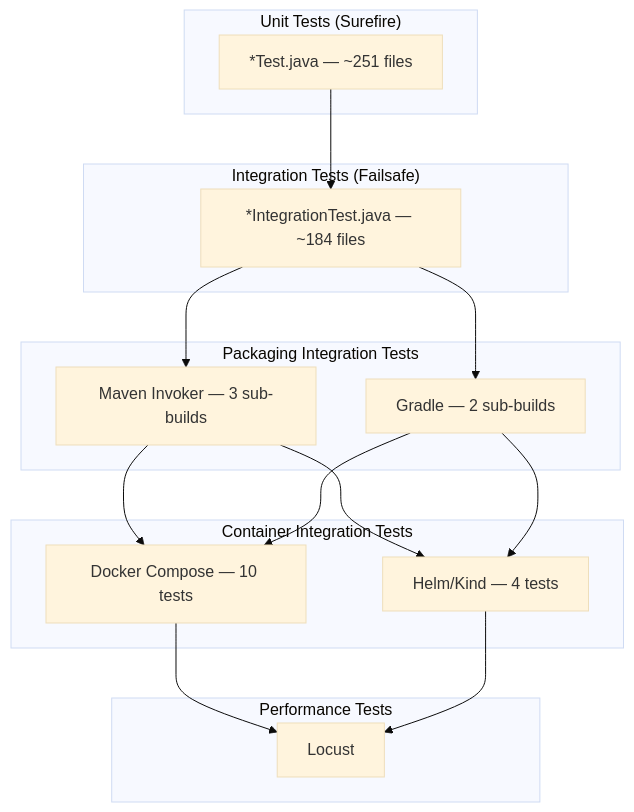
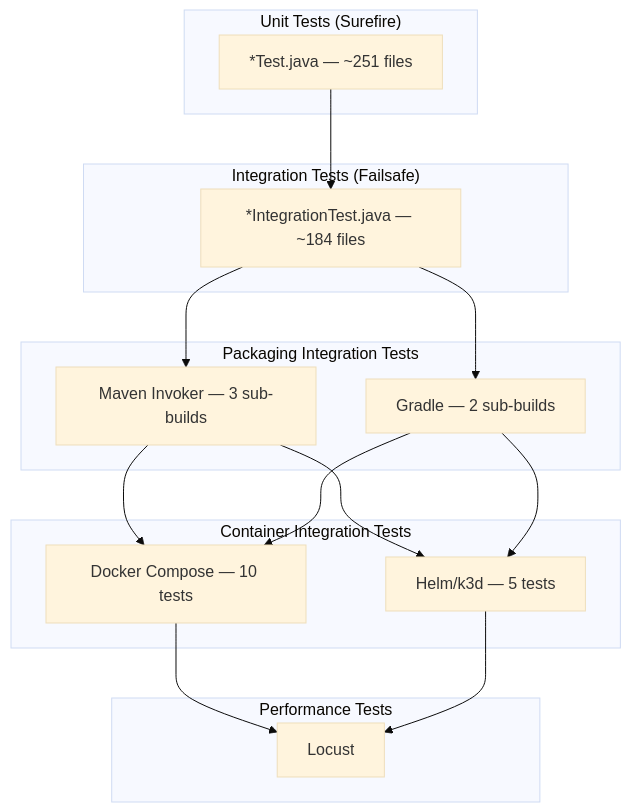
One commit to mock-server/mockserver changed the first of 3 diagrams in docs/testing.md. Above: the diagram before and after it, drawn with Mermaid (base theme). The commit also changed other lines of this file and 31 other files, not shown here.

````diff
--- a/docs/testing.md
+++ b/docs/testing.md
@@ -7,21 +7,21 @@
 ```mermaid
 graph TB
     subgraph "Unit Tests (Surefire)"
         UT["*Test.java — ~251 files"]
     end
     subgraph "Integration Tests (Failsafe)"
         IT["*IntegrationTest.java — ~184 files"]
     end
     subgraph "Packaging Integration Tests"
         MI["Maven Invoker — 3 sub-builds"]
         GI["Gradle — 2 sub-builds"]
     end
     subgraph "Container Integration Tests"
         DC["Docker Compose — 10 tests"]
-        HT["Helm/Kind — 4 tests"]
+        HT["Helm/k3d — 5 tests"]
     end
     subgraph "Performance Tests"
         PT["Locust"]
     end
     UT --> IT --> MI & GI --> DC & HT --> PT
 ```
````
